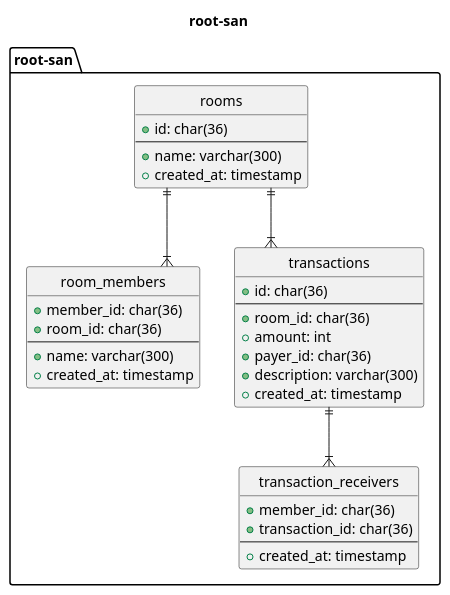
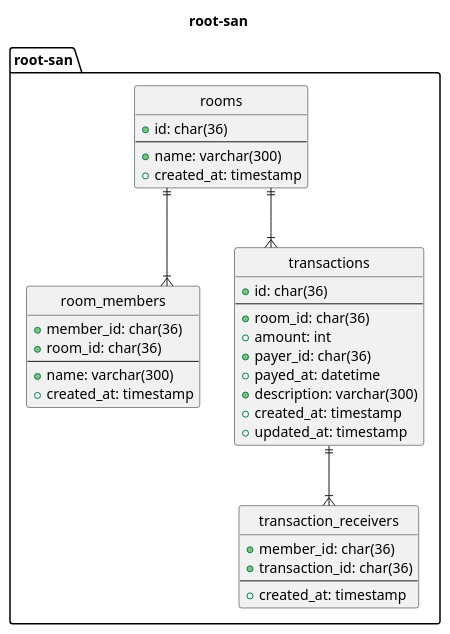
Before and after one commit to root-san/root-san: the diagram in docs/erd.puml, drawn with PlantUML. The commit also changed 1 other file, not shown here.

Commit message:
update erd

```diff
--- a/docs/erd.puml
+++ b/docs/erd.puml
@@ -1,49 +1,51 @@
 @startuml
 
 ' hide the spot
 hide circle
 
 ' avoid problems with angled crows feet
 skinparam linetype ortho
 
 title root-san
 
 package "root-san" as root_san {
     entity "rooms" as rooms {
         + id: char(36)
         --
         + name: varchar(300)
         + created_at: timestamp
     }
 
     entity "room_members" as room_members {
         + member_id: char(36)
         + room_id: char(36)
         --
         + name: varchar(300)
         + created_at: timestamp
     }
 
     entity "transactions" as transactions {
         + id: char(36)
         --
         + room_id: char(36)
         + amount: int
         + payer_id: char(36)
+        + payed_at: datetime
         + description: varchar(300)
         + created_at: timestamp
+        + updated_at: timestamp
     }
 
     entity "transaction_receivers" as transaction_receivers {
         + member_id: char(36)
         + transaction_id: char(36)
         --
         + created_at: timestamp
     }
 }
 
 rooms ||--|{ room_members
 rooms ||--|{ transactions
 transactions ||--|{ transaction_receivers
 
 @enduml
```
